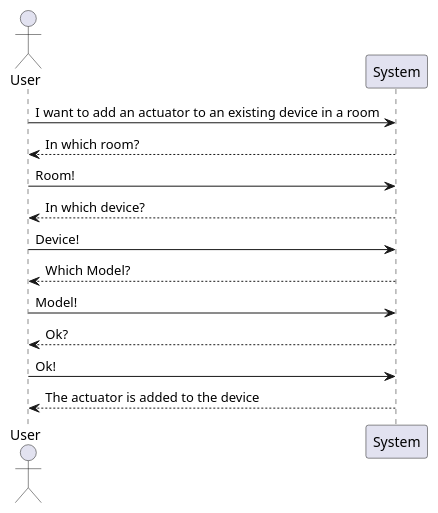
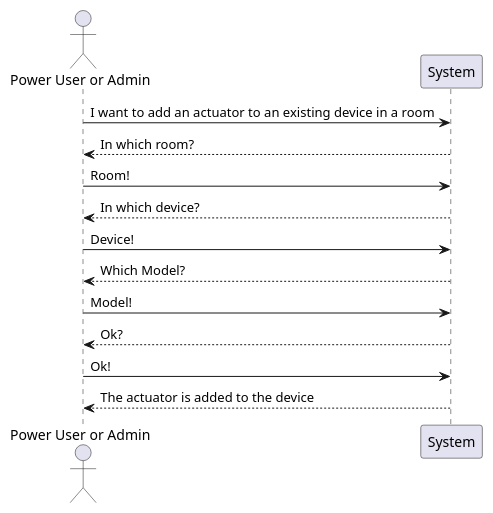
Before and after one commit to olivDiogo/SmartHome: the diagram in docs/userStories/us012/01.requirements-engineering/diagrams/SSD.puml, drawn with PlantUML.

Commit message:
Fixed: US12 System Sequence Diagram

```diff
--- a/docs/userStories/us012/01.requirements-engineering/diagrams/SSD.puml
+++ b/docs/userStories/us012/01.requirements-engineering/diagrams/SSD.puml
@@ -1,24 +1,20 @@
 @startuml
 'US12 - As a Power User [or Administrator], I want to add an actuator to an existing
 'device in a room. The actuator must be of a model of an existing type of actuator.
 
-actor User
+actor "Power User or Admin" as User
 participant System
 
 User -> System: I want to add an actuator to an existing device in a room
 System --> User: In which room?
 User -> System: Room!
 System --> User: In which device?
 User -> System: Device!
 System --> User: Which Model?
 User -> System: Model!
 System --> User: Ok?
 User -> System: Ok!
 
 System --> User: The actuator is added to the device
 
-
-
-
-
 @enduml
```
